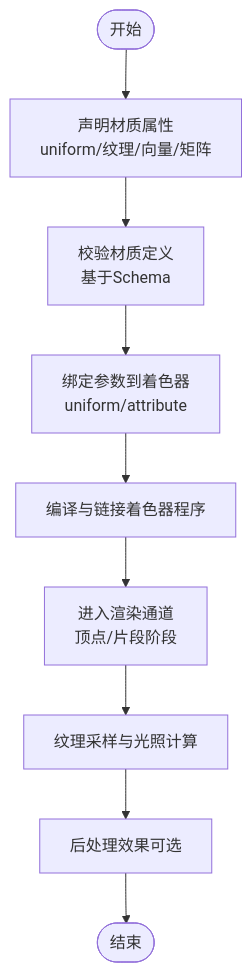
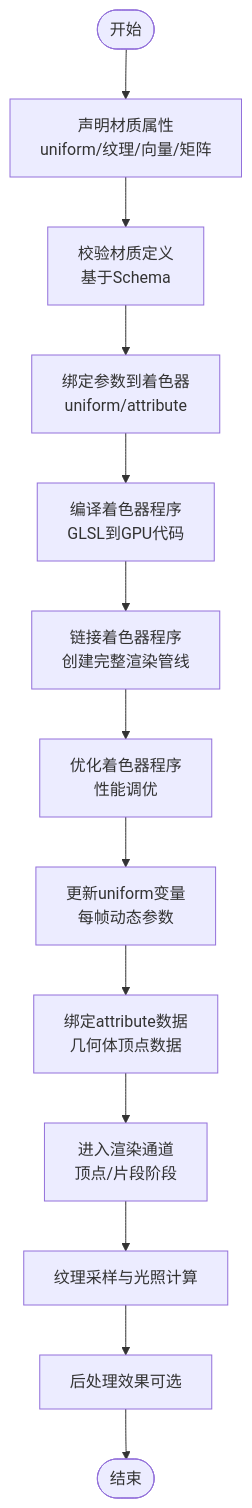
The second of 3 diagrams in .qoder/repowiki/zh/content/项目概述/核心特性/3D渲染引擎/着色器系统.md (rzhangjing/cesium), drawn with Mermaid before and after one commit. The commit also changed other lines of this file and 52 other files, not shown here.

````diff
--- a/.qoder/repowiki/zh/content/项目概述/核心特性/3D渲染引擎/着色器系统.md
+++ b/.qoder/repowiki/zh/content/项目概述/核心特性/3D渲染引擎/着色器系统.md
@@ -80,11 +98,15 @@
 ```mermaid
 flowchart TD
 Start(["开始"]) --> DefineMat["声明材质属性<br/>uniform/纹理/向量/矩阵"]
 DefineMat --> Validate["校验材质定义<br/>基于Schema"]
 Validate --> BindParams["绑定参数到着色器<br/>uniform/attribute"]
-BindParams --> CompileLink["编译与链接着色器程序"]
-CompileLink --> RenderPass["进入渲染通道<br/>顶点/片段阶段"]
+BindParams --> CompileShader["编译着色器程序<br/>GLSL到GPU代码"]
+CompileShader --> LinkProgram["链接着色器程序<br/>创建完整渲染管线"]
+LinkProgram --> OptimizeProgram["优化着色器程序<br/>性能调优"]
+OptimizeProgram --> UpdateUniforms["更新uniform变量<br/>每帧动态参数"]
+UpdateUniforms --> BindAttributes["绑定attribute数据<br/>几何体顶点数据"]
+BindAttributes --> RenderPass["进入渲染通道<br/>顶点/片段阶段"]
 RenderPass --> SampleTex["纹理采样与光照计算"]
 SampleTex --> PostProcess["后处理效果可选"]
 PostProcess --> End(["结束"])
 ```
````
